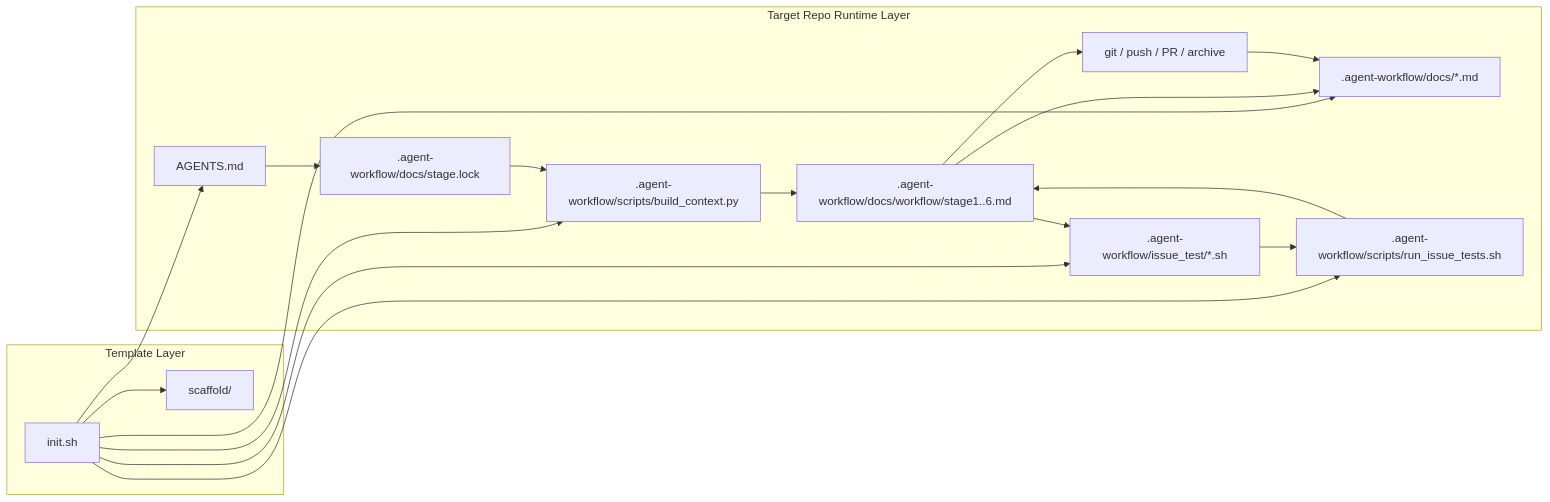
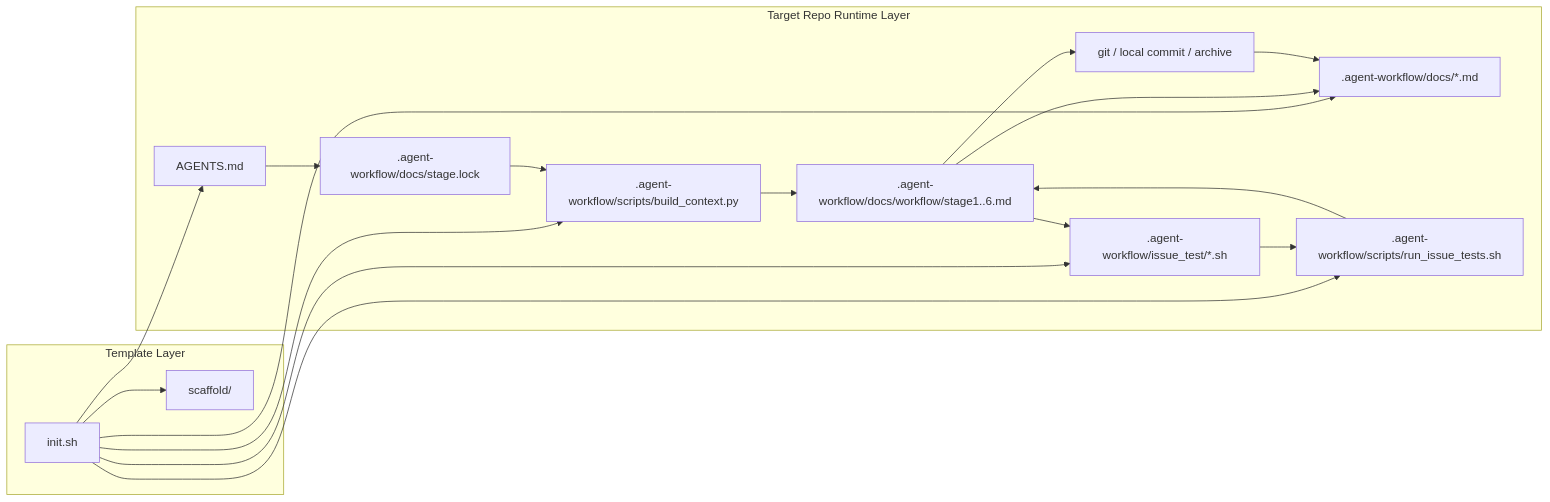
One commit to MrLvT/Agent-Workflow-Template changed the first of 2 diagrams in README.en.md. Above: the diagram before and after it, drawn with Mermaid. The commit also changed other lines of this file and 42 other files, not shown here.

````diff
--- a/README.en.md
+++ b/README.en.md
@@ -214,34 +212,34 @@
 ```mermaid
 flowchart LR
     subgraph Template["Template Layer"]
         INIT["init.sh"]
         SCF["scaffold/"]
     end
 
     subgraph Runtime["Target Repo Runtime Layer"]
         AG["AGENTS.md"]
         LOCK[".agent-workflow/docs/stage.lock"]
         WF[".agent-workflow/docs/workflow/stage1..6.md"]
         CTX[".agent-workflow/scripts/build_context.py"]
         DOCS[".agent-workflow/docs/*.md"]
         IT[".agent-workflow/issue_test/*.sh"]
         SUITE[".agent-workflow/scripts/run_issue_tests.sh"]
-        GIT["git / push / PR / archive"]
+        GIT["git / local commit / archive"]
     end
 
     INIT --> SCF
     INIT --> DOCS
     INIT --> CTX
     INIT --> IT
     INIT --> SUITE
     INIT --> AG
     AG --> LOCK
     LOCK --> CTX
     CTX --> WF
     WF --> DOCS
     WF --> IT
     IT --> SUITE
     SUITE --> WF
     WF --> GIT
     GIT --> DOCS
 ```
````
